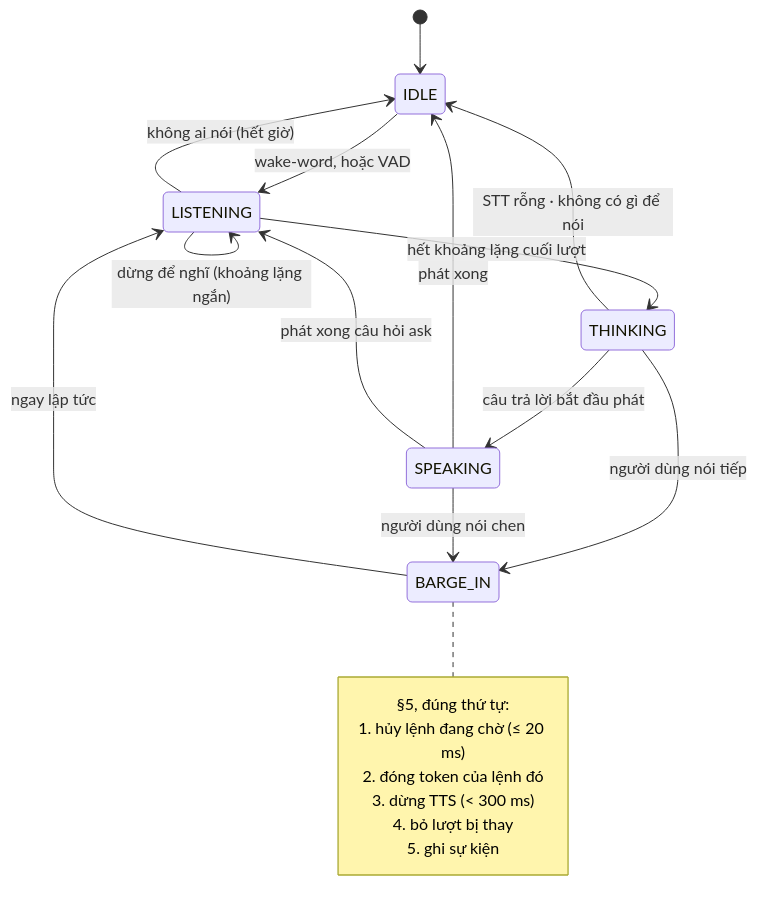
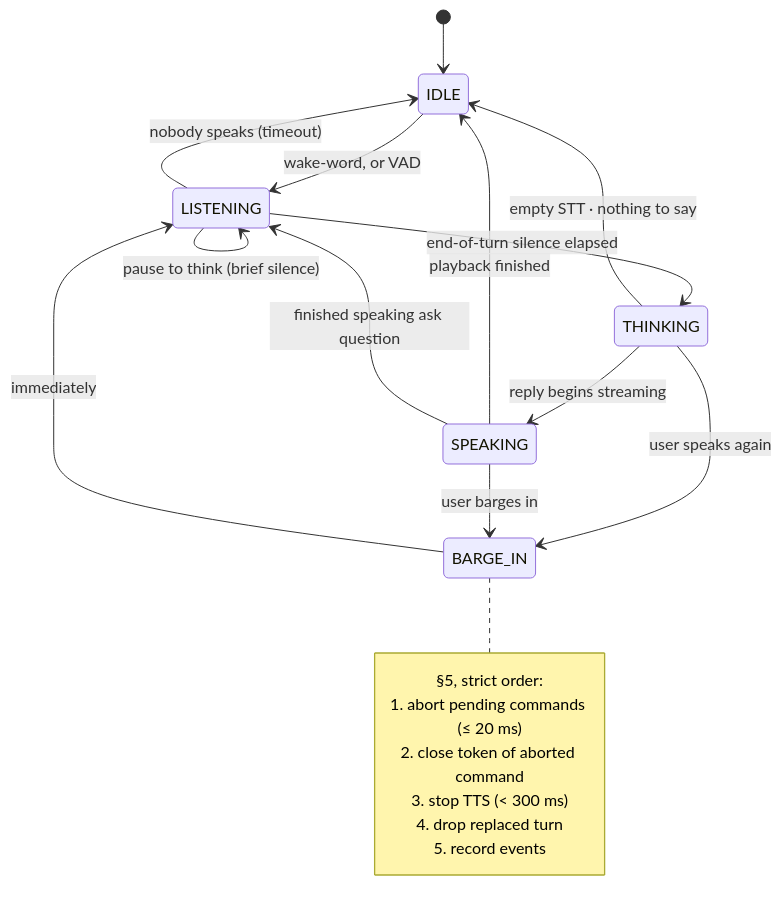
Before and after one commit to letrongminh/neuroedge-init: the diagram in docs/spec/voice_fsm.md, drawn with Mermaid. The commit also changed other lines of this file and 20 other files, not shown here.

Commit message:
docs in English: roadmap, CHANGELOG, CONTRIBUTING, CLAUDE.md, README, release, architecture 06-16, remaining spec; PRD sections 1-8

````diff
--- a/docs/spec/voice_fsm.md
+++ b/docs/spec/voice_fsm.md
@@ -58,23 +58,23 @@
 ```mermaid
 stateDiagram-v2
     [*] --> IDLE
-    IDLE --> LISTENING: wake-word, hoặc VAD
-    LISTENING --> LISTENING: dừng để nghĩ (khoảng lặng ngắn)
-    LISTENING --> THINKING: hết khoảng lặng cuối lượt
-    LISTENING --> IDLE: không ai nói (hết giờ)
-    THINKING --> SPEAKING: câu trả lời bắt đầu phát
-    THINKING --> IDLE: STT rỗng · không có gì để nói
-    THINKING --> BARGE_IN: người dùng nói tiếp
-    SPEAKING --> IDLE: phát xong
-    SPEAKING --> LISTENING: phát xong câu hỏi ask
-    SPEAKING --> BARGE_IN: người dùng nói chen
-    BARGE_IN --> LISTENING: ngay lập tức
+    IDLE --> LISTENING: wake-word, or VAD
+    LISTENING --> LISTENING: pause to think (brief silence)
+    LISTENING --> THINKING: end-of-turn silence elapsed
+    LISTENING --> IDLE: nobody speaks (timeout)
+    THINKING --> SPEAKING: reply begins streaming
+    THINKING --> IDLE: empty STT · nothing to say
+    THINKING --> BARGE_IN: user speaks again
+    SPEAKING --> IDLE: playback finished
+    SPEAKING --> LISTENING: finished speaking ask question
+    SPEAKING --> BARGE_IN: user barges in
+    BARGE_IN --> LISTENING: immediately
     note right of BARGE_IN
-        §5, đúng thứ tự:
-        1. hủy lệnh đang chờ (≤ 20 ms)
-        2. đóng token của lệnh đó
-        3. dừng TTS (< 300 ms)
-        4. bỏ lượt bị thay
-        5. ghi sự kiện
+        §5, strict order:
+        1. abort pending commands (≤ 20 ms)
+        2. close token of aborted command
+        3. stop TTS (< 300 ms)
+        4. drop replaced turn
+        5. record events
     end note
 ```
````
